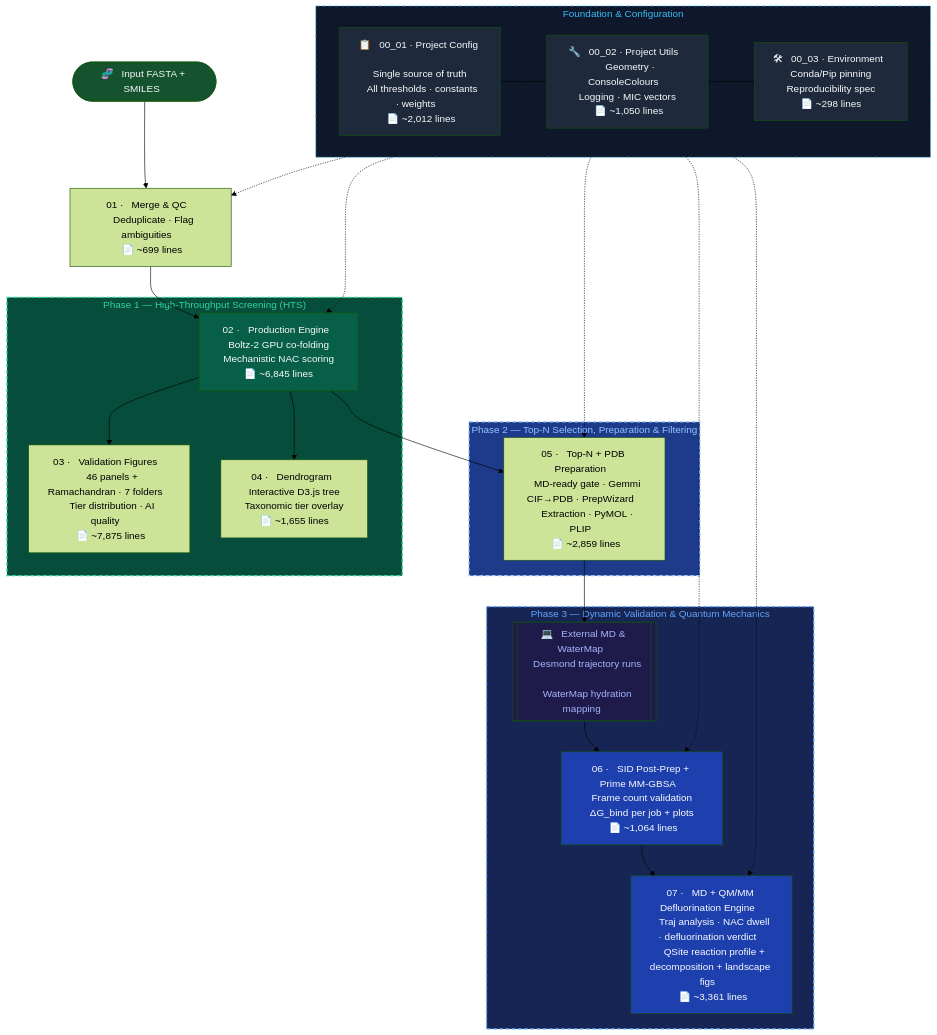
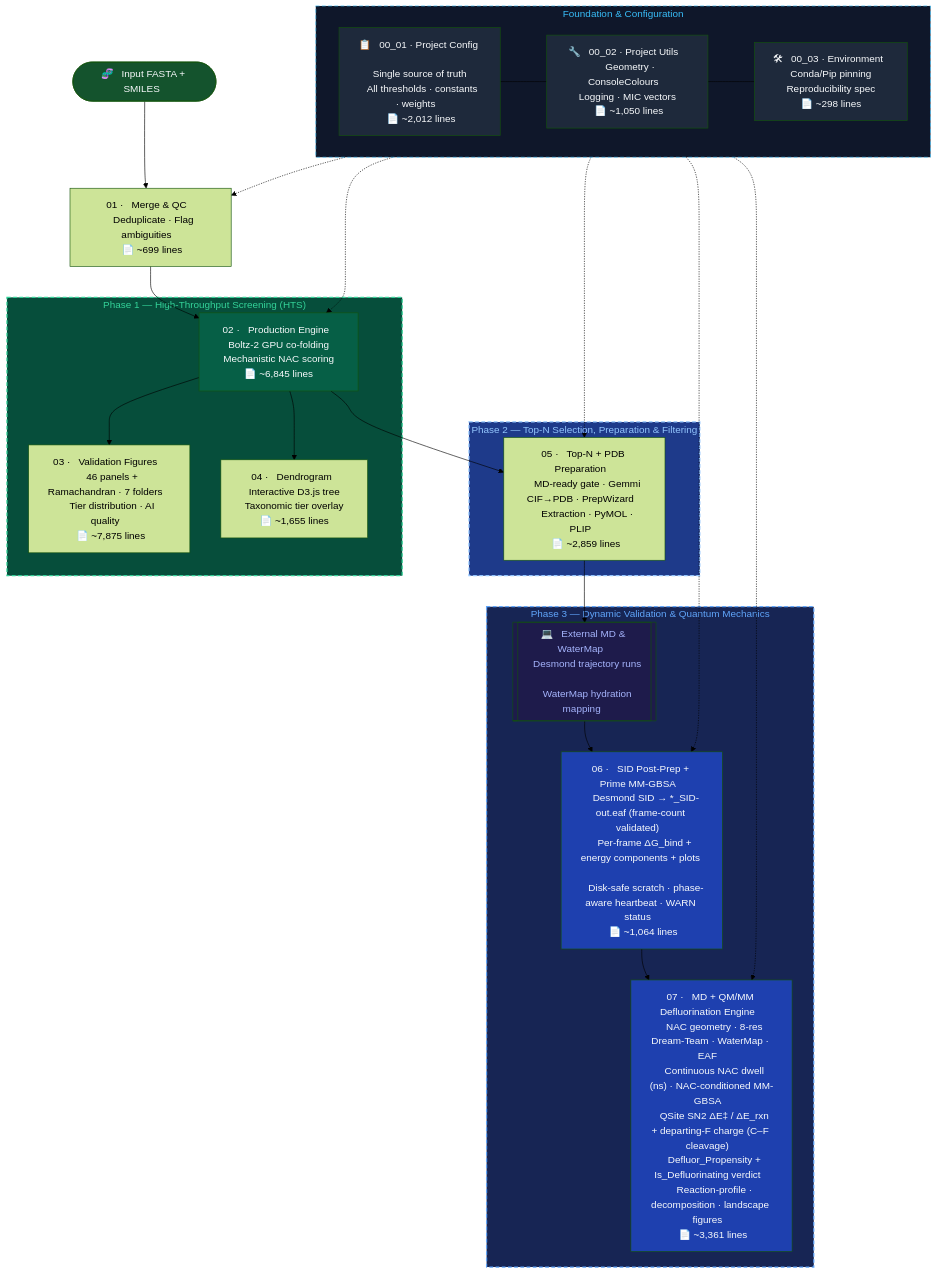
One commit to KU-MGB/DeFluorX changed the diagram in README.md. Above: the diagram before and after it, drawn with Mermaid (forest theme).

Commit message:
docs(readme): enrich 06/07 mermaid nodes with the new computations
06: disk-safe scratch, phase-aware heartbeat, per-frame components, WARN status.
07: NAC dwell (ns), NAC-conditioned MM-GBSA, QSite ΔE‡/ΔE_rxn + departing-F charge
(C-F cleavage), Defluor_Propensity/Is_Defluorinating verdict, and the three new
figures. All 10 line counts verified against the actual files.

````diff
--- a/README.md
+++ b/README.md
@@ -189,56 +189,56 @@
 ```mermaid
 flowchart TD
     subgraph FOUNDATION["  Foundation & Configuration  "]
         CFG["📋 &nbsp; 00_01 · Project Config &nbsp; \n &nbsp; Single source of truth &nbsp; \n &nbsp; All thresholds · constants · weights &nbsp; \n &nbsp; 📄 ~2,012 lines &nbsp; "]
         UTL["🔧 &nbsp; 00_02 · Project Utils &nbsp; \n &nbsp; Geometry · ConsoleColours &nbsp; \n &nbsp; Logging · MIC vectors &nbsp; \n &nbsp; 📄 ~1,050 lines &nbsp; "]
         ENV["🛠 &nbsp; 00_03 · Environment &nbsp; \n &nbsp; Conda/Pip pinning &nbsp; \n &nbsp; Reproducibility spec &nbsp; \n &nbsp; 📄 ~298 lines &nbsp; "]
         CFG --- UTL --- ENV
     end
 
     START([🧬 &nbsp; Input FASTA + SMILES &nbsp;]) --> M1
     M1["01 · &nbsp; Merge & QC &nbsp; \n &nbsp; Deduplicate · Flag ambiguities &nbsp; \n &nbsp; 📄 ~699 lines &nbsp; "] --> M2
 
     subgraph PHASE1["  Phase 1 — High-Throughput Screening (HTS)  "]
         M2["02 · &nbsp; Production Engine &nbsp; \n &nbsp; Boltz-2 GPU co-folding &nbsp; \n &nbsp; Mechanistic NAC scoring &nbsp; \n &nbsp; 📄 ~6,845 lines &nbsp; "]
         M3["03 · &nbsp; Validation Figures &nbsp; \n &nbsp; 46 panels + Ramachandran · 7 folders &nbsp; \n &nbsp; Tier distribution · AI quality &nbsp; \n &nbsp; 📄 ~7,875 lines &nbsp; "]
         M4["04 · &nbsp; Dendrogram &nbsp; \n &nbsp; Interactive D3.js tree &nbsp; \n &nbsp; Taxonomic tier overlay &nbsp; \n &nbsp; 📄 ~1,655 lines &nbsp; "]
         M2 --> M3
         M2 --> M4
     end
 
     M2 --> M5
 
     subgraph PHASE2["  Phase 2 — Top-N Selection, Preparation & Filtering  "]
         M5["05 · &nbsp; Top-N + PDB Preparation &nbsp; \n &nbsp; MD-ready gate · Gemmi CIF→PDB · PrepWizard &nbsp; \n &nbsp; Extraction · PyMOL · PLIP &nbsp; \n &nbsp; 📄 ~2,859 lines &nbsp; "]
     end
 
     M5 --> EXT_MD
 
     subgraph PHASE3["  Phase 3 — Dynamic Validation & Quantum Mechanics  "]
         EXT_MD[["💻 &nbsp; External MD & WaterMap &nbsp; \n &nbsp; Desmond trajectory runs &nbsp; \n &nbsp; WaterMap hydration mapping &nbsp;"]]
-        M6["06 · &nbsp; SID Post-Prep + Prime MM-GBSA &nbsp; \n &nbsp; Frame count validation &nbsp; \n &nbsp; ΔG_bind per job + plots &nbsp; \n &nbsp; 📄 ~1,064 lines &nbsp; "]
-        M7["07 · &nbsp; MD + QM/MM Defluorination Engine &nbsp; \n &nbsp; Traj analysis · NAC dwell · defluorination verdict &nbsp; \n &nbsp; QSite reaction profile + decomposition + landscape figs &nbsp; \n &nbsp; 📄 ~3,361 lines &nbsp; "]
+        M6["06 · &nbsp; SID Post-Prep + Prime MM-GBSA &nbsp; \n &nbsp; Desmond SID → *_SID-out.eaf (frame-count validated) &nbsp; \n &nbsp; Per-frame ΔG_bind + energy components + plots &nbsp; \n &nbsp; Disk-safe scratch · phase-aware heartbeat · WARN status &nbsp; \n &nbsp; 📄 ~1,064 lines &nbsp; "]
+        M7["07 · &nbsp; MD + QM/MM Defluorination Engine &nbsp; \n &nbsp; NAC geometry · 8-res Dream-Team · WaterMap · EAF &nbsp; \n &nbsp; Continuous NAC dwell (ns) · NAC-conditioned MM-GBSA &nbsp; \n &nbsp; QSite SN2 ΔE‡ / ΔE_rxn + departing-F charge (C–F cleavage) &nbsp; \n &nbsp; Defluor_Propensity + Is_Defluorinating verdict &nbsp; \n &nbsp; Reaction-profile · decomposition · landscape figures &nbsp; \n &nbsp; 📄 ~3,361 lines &nbsp; "]
         EXT_MD --> M6 --> M7
     end
 
     %% Dependencies
     FOUNDATION -.-> M1
     FOUNDATION -.-> M2
     FOUNDATION -.-> M5
     FOUNDATION -.-> M6
     FOUNDATION -.-> M7
 
     style FOUNDATION fill:#0f172a,color:#38bdf8,stroke:#38bdf8
     style CFG fill:#1e293b,color:#f8fafc
     style UTL fill:#1e293b,color:#f8fafc
     style ENV fill:#1e293b,color:#f8fafc
     style PHASE1 fill:#064e3b,color:#34d399,stroke:#34d399,stroke-width:2px,stroke-dasharray: 6 4
     style PHASE2 fill:#1e3a8a,color:#93c5fd,stroke:#93c5fd,stroke-width:2px,stroke-dasharray: 6 4
     style PHASE3 fill:#172554,color:#60a5fa,stroke:#60a5fa,stroke-width:2px,stroke-dasharray: 6 4
     style FOUNDATION stroke-dasharray: 6 4
     style M2 fill:#065f46,color:#f8fafc
     style M6 fill:#1e40af,color:#f8fafc
     style M7 fill:#1e40af,color:#f8fafc
     style START fill:#14532d,color:#f8fafc
     style EXT_MD fill:#1e1b4b,color:#a5b4fc
 ```
````
